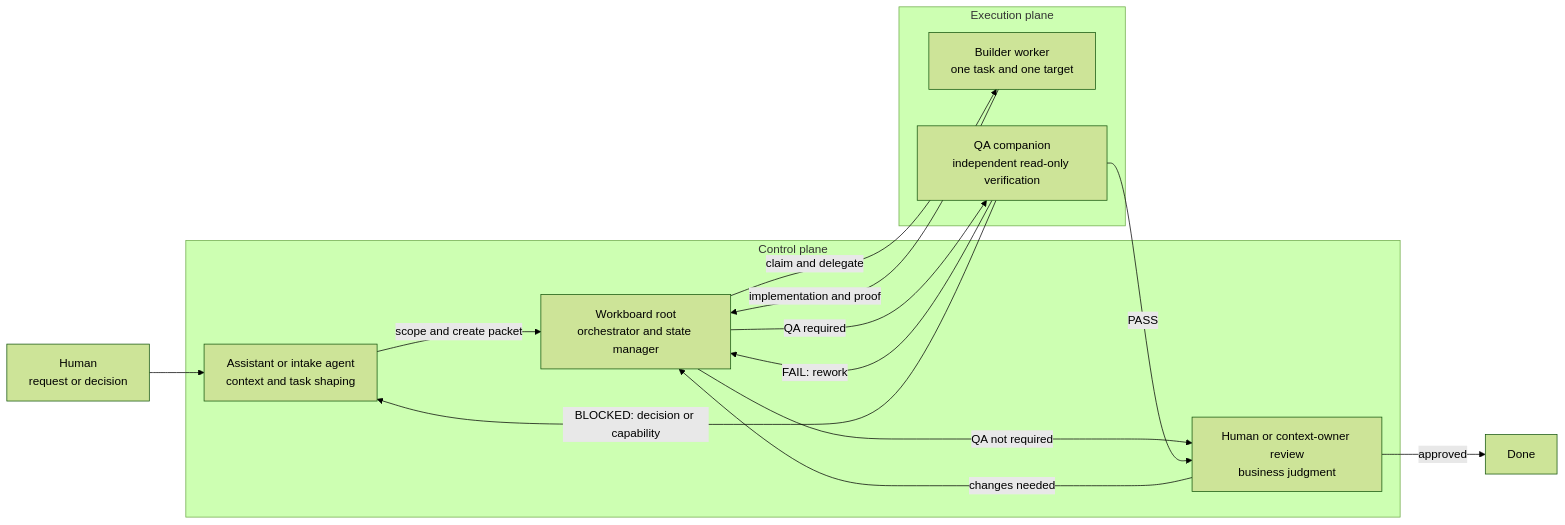
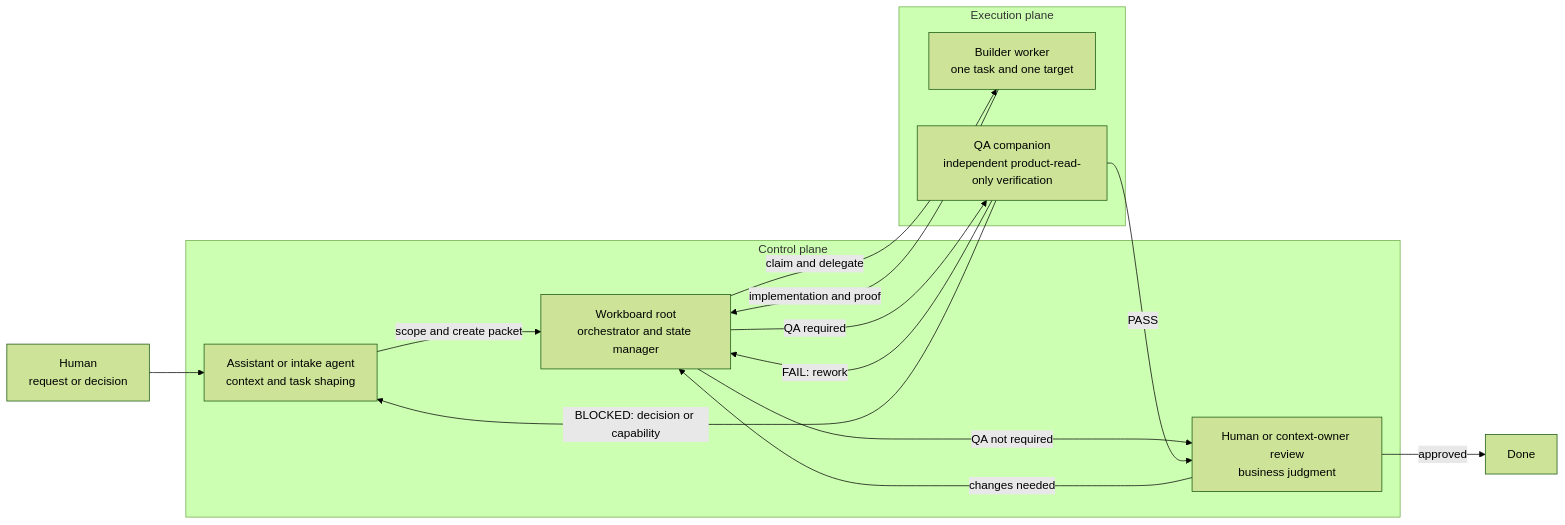
Before and after one commit to 2xgrowthagency/workboard-starter: the diagram in README.md, drawn with Mermaid (forest theme). The commit also changed other lines of this file and 4 other files, not shown here.

````diff
--- a/README.md
+++ b/README.md
@@ -23,27 +23,27 @@
 ```mermaid
 flowchart LR
     H["Human<br/>request or decision"]
 
     subgraph CP["Control plane"]
         A["Assistant or intake agent<br/>context and task shaping"]
         O["Workboard root<br/>orchestrator and state manager"]
         R["Human or context-owner review<br/>business judgment"]
     end
 
     subgraph EP["Execution plane"]
         W["Builder worker<br/>one task and one target"]
-        Q["QA companion<br/>independent read-only verification"]
+        Q["QA companion<br/>independent product-read-only verification"]
     end
 
     H --> A
     A -->|"scope and create packet"| O
     O -->|"claim and delegate"| W
     W -->|"implementation and proof"| O
     O -->|"QA required"| Q
     O -->|"QA not required"| R
     Q -->|"PASS"| R
     Q -->|"FAIL: rework"| O
     Q -->|"BLOCKED: decision or capability"| A
     R -->|"approved"| X["Done"]
     R -->|"changes needed"| O
 ```
````
